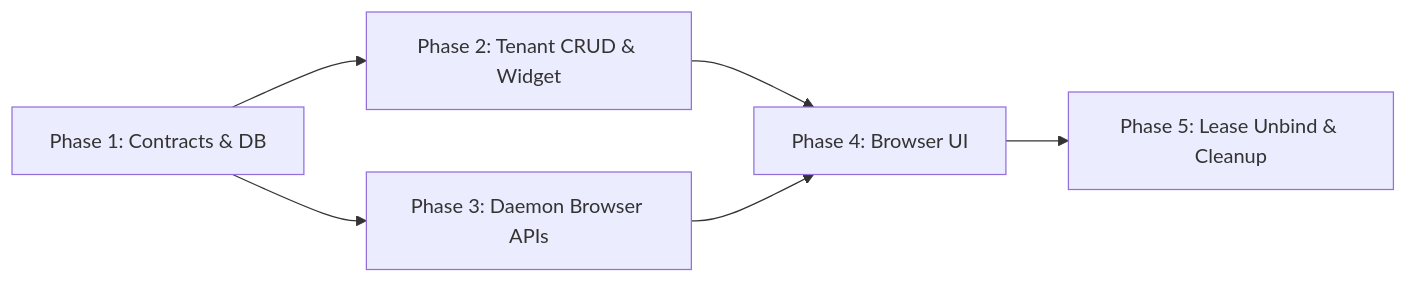
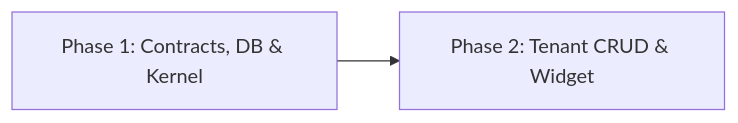
Before and after one commit to tuquet/operon: the diagram in roadmaps/001-foundation.md, drawn with Mermaid. The commit also changed other lines of this file and 2 other files, not shown here.

Commit message:
docs: split browser roadmap into 002-browsers

````diff
--- a/roadmaps/001-foundation.md
+++ b/roadmaps/001-foundation.md
@@ -13,8 +13,4 @@
 ```mermaid
 flowchart LR
-    P1["Phase 1: Contracts & DB"] --> P2["Phase 2: Tenant CRUD & Widget"]
-    P1 --> P3["Phase 3: Daemon Browser APIs"]
-    P2 --> P4["Phase 4: Browser UI"]
-    P3 --> P4
-    P4 --> P5["Phase 5: Lease Unbind & Cleanup"]
+    P1["Phase 1: Contracts, DB & Kernel"] --> P2["Phase 2: Tenant CRUD & Widget"]
 ```
````
